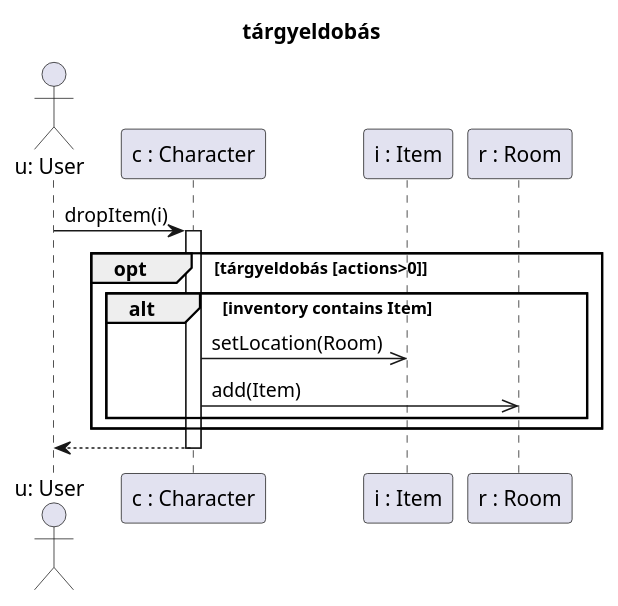
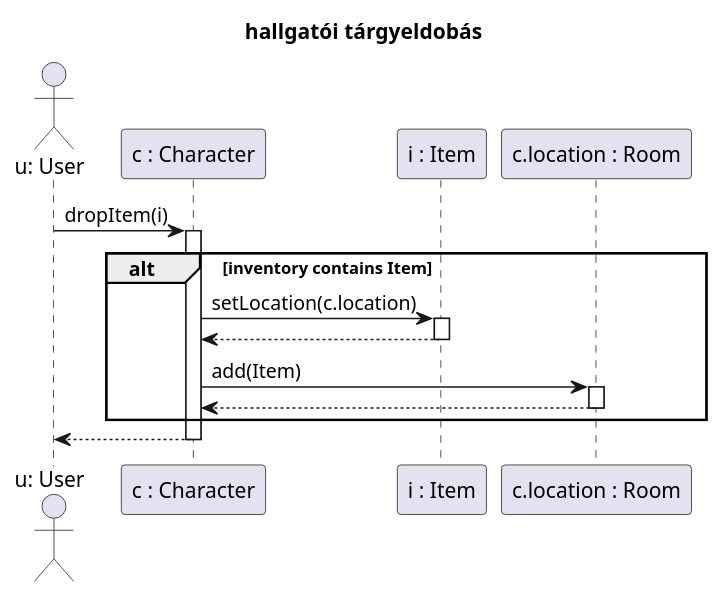
The first of 4 diagrams in diagramms/src/drop_pickup.puml (kipolaris/skyrimscriptsuttogok), drawn with PlantUML before and after one commit. The commit also changed other lines of this file and 27 other files, not shown here.

Commit message:
finished fixing sequence diagrams based on labvez opinion

```diff
--- a/diagramms/src/drop_pickup.puml
+++ b/diagramms/src/drop_pickup.puml
@@ -1,20 +1,21 @@
 @startuml drop
 
-Title tárgyeldobás
+Title hallgatói tárgyeldobás
 
 actor "u: User" as u
 participant "c : Character" as char
 participant "i : Item" as t
-participant "r : Room" as sz
+participant "c.location : Room" as sz
 
 u->char ++: dropItem(i)
 
-opt tárgyeldobás [actions>0]
-    alt inventory contains Item
-        char->>t : setLocation(Room)
-        char->>sz : add(Item)
-    end
+alt inventory contains Item
+    char->t ++: setLocation(c.location)
+    return
+    char->sz ++: add(Item)
+    return
 end
+
 char-->u --:
 
 @enduml
```
